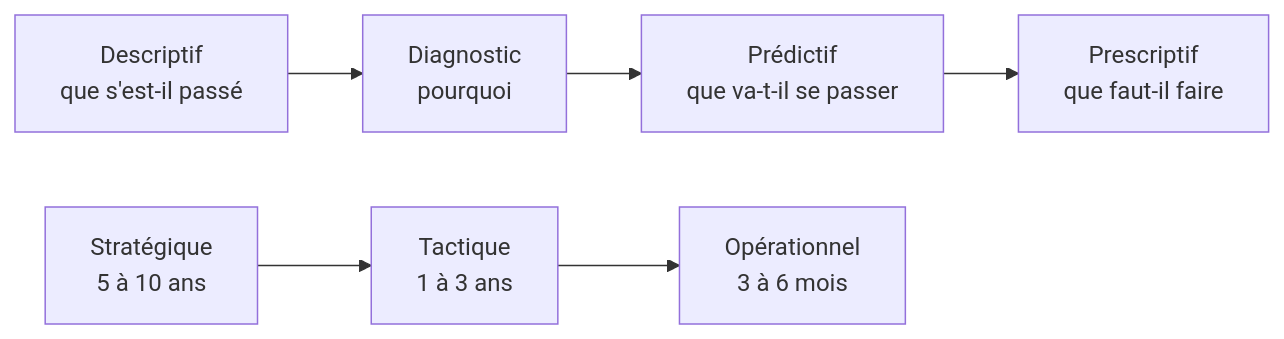
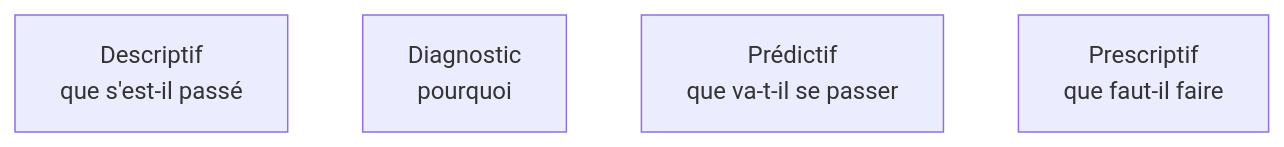
Before and after one commit to floSa/Atlas-Metiers-Roadmaps: the diagram in content/parcours/bi-analyst/cadrage-et-besoin/les-registres-et-les-horizons.md, drawn with Mermaid. The commit also changed other lines of this file, not shown here.

Commit message:
Registres et horizons : quatre registres cliquables, horizons passés au texte

````diff
--- a/content/parcours/bi-analyst/cadrage-et-besoin/les-registres-et-les-horizons.md
+++ b/content/parcours/bi-analyst/cadrage-et-besoin/les-registres-et-les-horizons.md
@@ -7,8 +7,12 @@
 ```mermaid
-flowchart LR
-  D1["Descriptif<br/>que s'est-il passé"] --> D2["Diagnostic<br/>pourquoi"]
-  D2 --> D3["Prédictif<br/>que va-t-il se passer"]
-  D3 --> D4["Prescriptif<br/>que faut-il faire"]
-  H1["Stratégique<br/>5 à 10 ans"] --> H2["Tactique<br/>1 à 3 ans"]
-  H2 --> H3["Opérationnel<br/>3 à 6 mois"]
+flowchart TD
+  D1["Descriptif<br/>que s'est-il passé"]
+  D2["Diagnostic<br/>pourquoi"]
+  D3["Prédictif<br/>que va-t-il se passer"]
+  D4["Prescriptif<br/>que faut-il faire"]
+
+  click D1 "/notions/statistiques-descriptives"
+  click D2 "/notions/analyse-correlation"
+  click D3 "/notions/apprentissage-supervise"
+  click D4 "/notions/arbitrage-deterministe-probabiliste"
 ```
````
